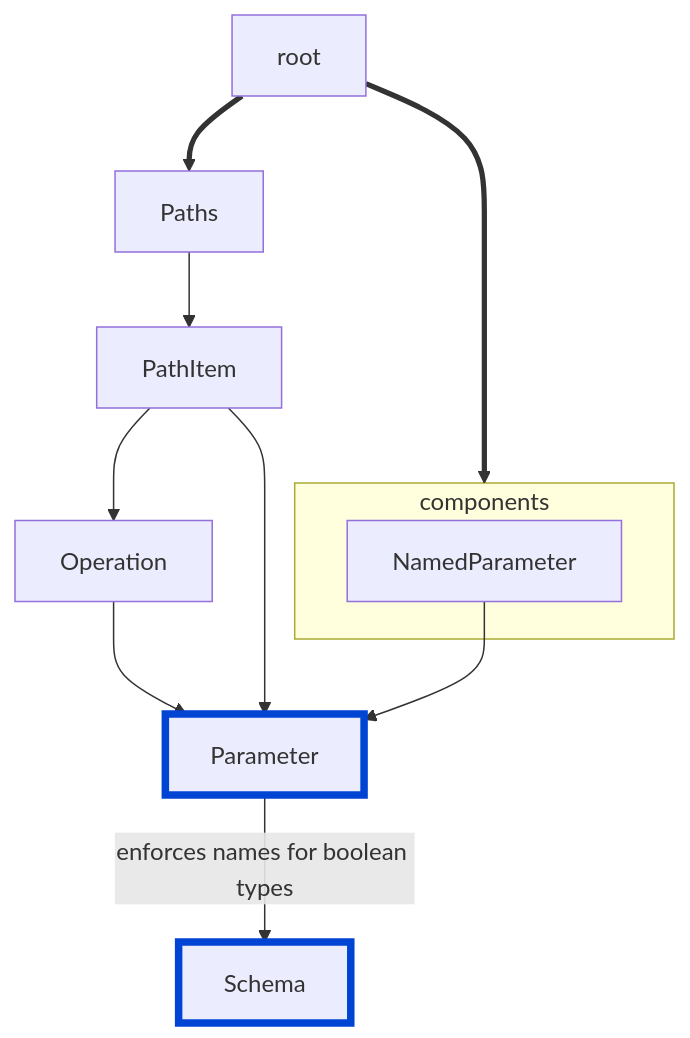
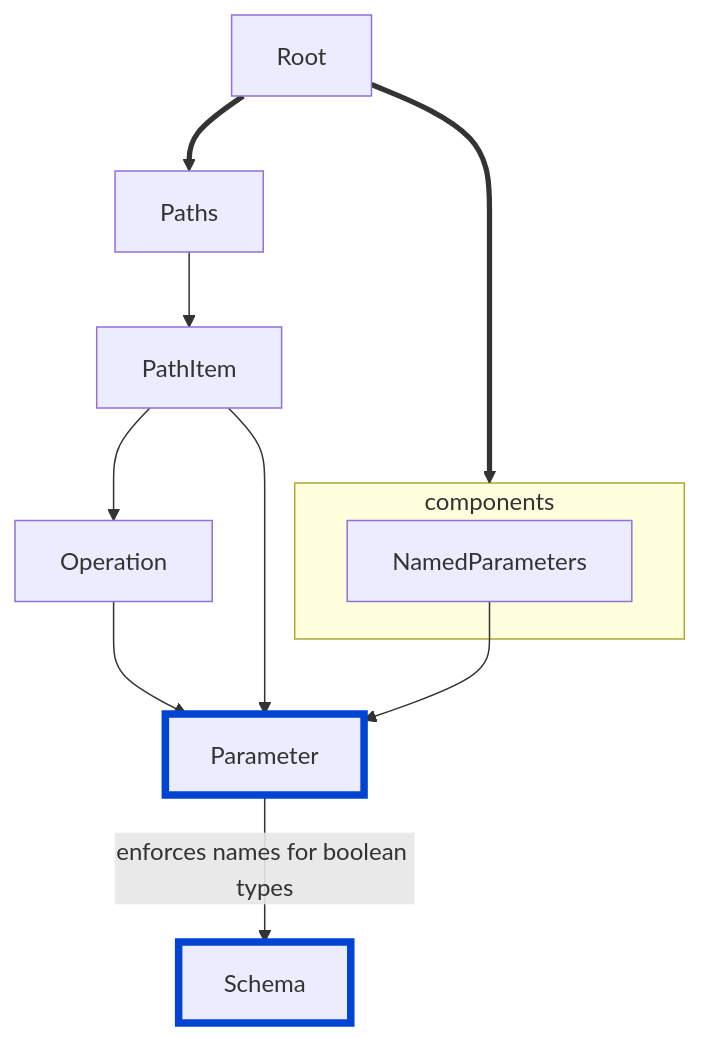
Before and after one commit to Redocly/redocly-cli: the diagram in docs/@v1/rules/oas/boolean-parameter-prefixes.md, drawn with Mermaid. The commit also changed 58 other files, not shown here.

````diff
--- a/docs/@v1/rules/oas/boolean-parameter-prefixes.md
+++ b/docs/@v1/rules/oas/boolean-parameter-prefixes.md
@@ -16,16 +16,16 @@
 ```mermaid
 flowchart TD
 
-root ==> Paths --> PathItem --> Operation --> Parameter --enforces names for boolean types--> Schema
+Root ==> Paths --> PathItem --> Operation --> Parameter --enforces names for boolean types--> Schema
 PathItem --> Parameter
-NamedParameter --> Parameter
+NamedParameters --> Parameter
 
-root ==> components
+Root ==> components
 
 subgraph components
-NamedParameter
+NamedParameters
 end
 
 style Parameter fill:#codaf9,stroke:#0044d4,stroke-width:5px
 style Schema fill:#codaf9,stroke:#0044d4,stroke-width:5px
 ```
````
